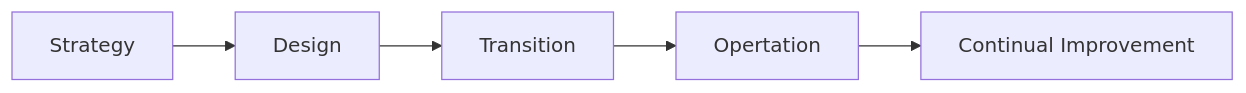
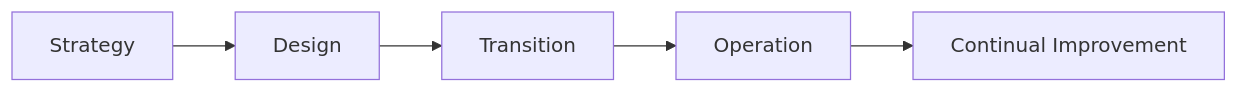
The diagram in servicemanager-user-guide/service-portfolio/overview.md (Hornbill-Docs/servicemanager-user-guide), drawn with Mermaid before and after one commit. The commit also changed other lines of this file and 6 other files, not shown here.

````diff
--- a/servicemanager-user-guide/service-portfolio/overview.md
+++ b/servicemanager-user-guide/service-portfolio/overview.md
@@ -9,8 +10,8 @@
 ```mermaid
 flowchart LR
 A[Strategy] --> B
 B[Design] --> C
 C[Transition] --> D
-D[Opertation] --> E
+D[Operation] --> E
 E[Continual Improvement] 
 ```
````
